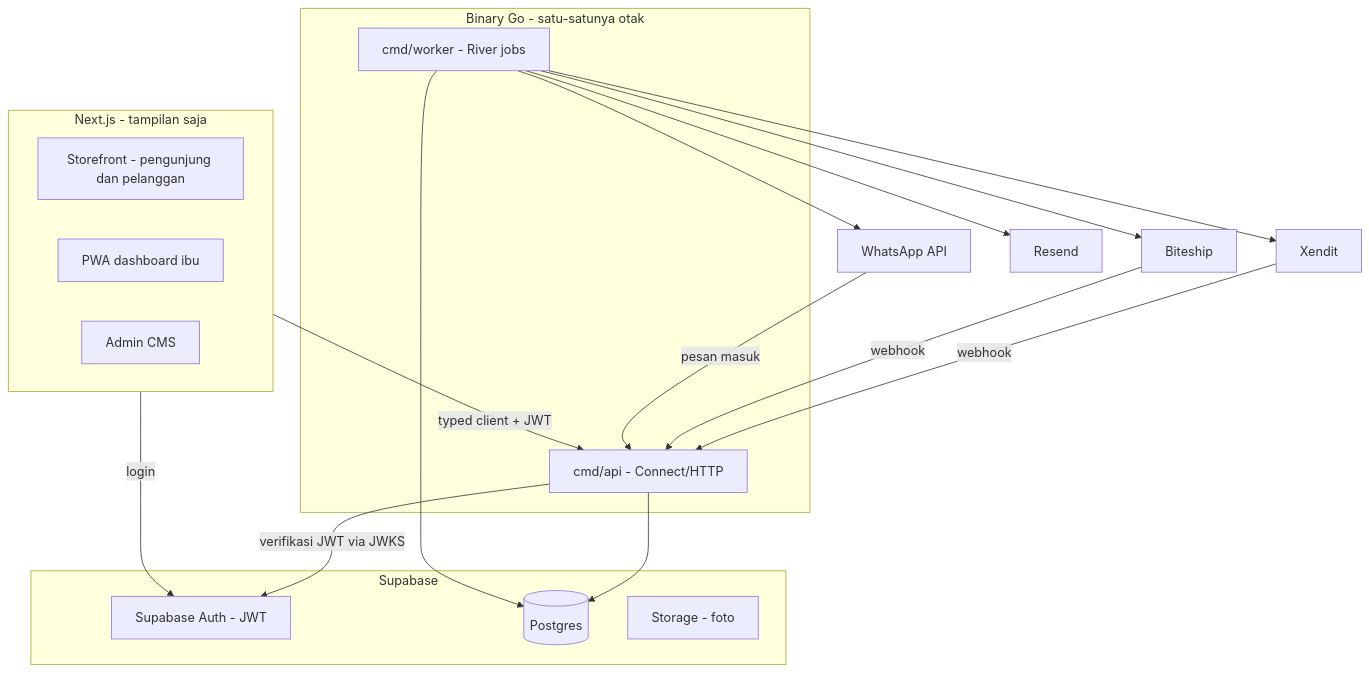
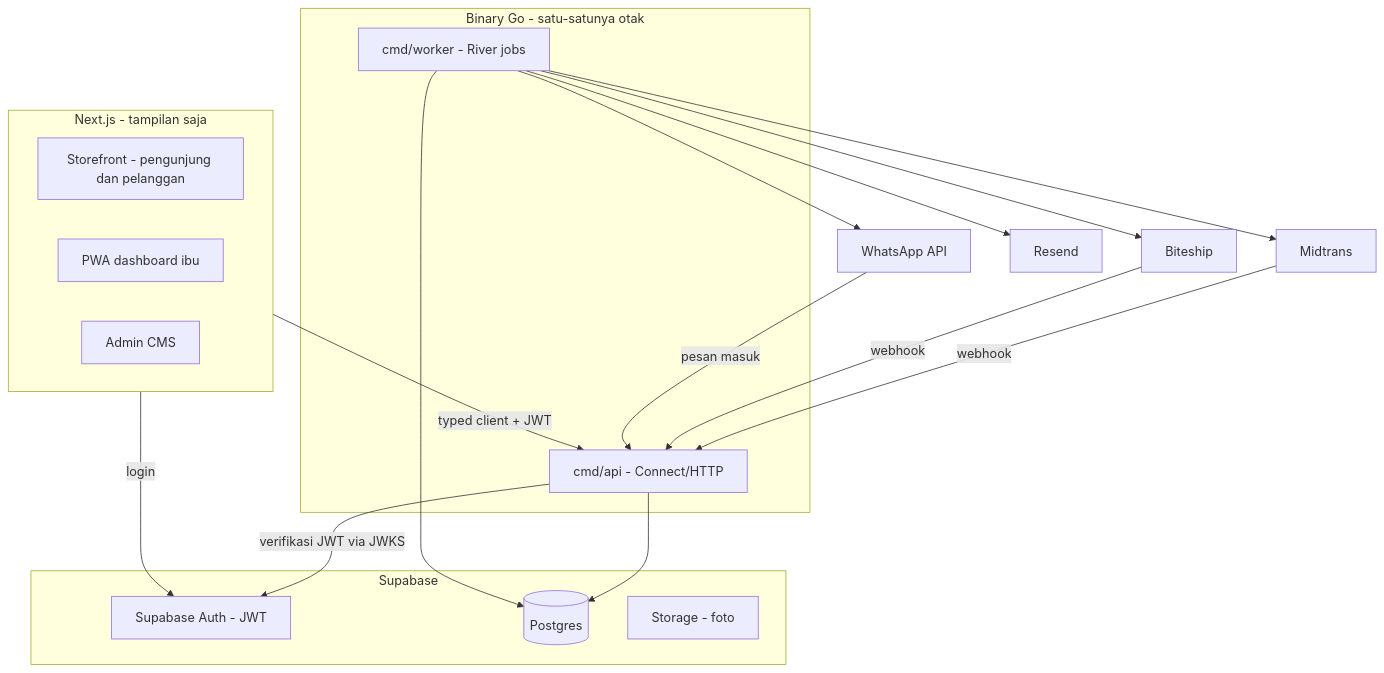
One commit to Zefanrakh/kue-preorder changed the first of 4 diagrams in docs/architecture.md. Above: the diagram before and after it, drawn with Mermaid. The commit also changed other lines of this file and 30 other files, not shown here.

````diff
--- a/docs/architecture.md
+++ b/docs/architecture.md
@@ -71,37 +71,37 @@
 ```mermaid
 flowchart TD
     subgraph Frontend[Next.js - tampilan saja]
       SHOP[Storefront - pengunjung dan pelanggan]
       DASH[PWA dashboard ibu]
       CMS[Admin CMS]
     end
 
     subgraph Bin[Binary Go - satu-satunya otak]
       API[cmd/api - Connect/HTTP]
       WORKER[cmd/worker - River jobs]
     end
 
     subgraph Supabase
       AUTH[Supabase Auth - JWT]
       DB[(Postgres)]
       STORE[Storage - foto]
     end
 
-    XENDIT[Xendit]
+    MIDTRANS[Midtrans]
     BITESHIP[Biteship]
     WA[WhatsApp API]
     RESEND[Resend]
 
     Frontend -->|login| AUTH
     Frontend -->|typed client + JWT| API
     API -->|verifikasi JWT via JWKS| AUTH
     API --> DB
     WORKER --> DB
-    XENDIT -->|webhook| API
+    MIDTRANS -->|webhook| API
     BITESHIP -->|webhook| API
     WA -->|pesan masuk| API
-    WORKER --> XENDIT
+    WORKER --> MIDTRANS
     WORKER --> BITESHIP
     WORKER --> WA
     WORKER --> RESEND
 ```
````
